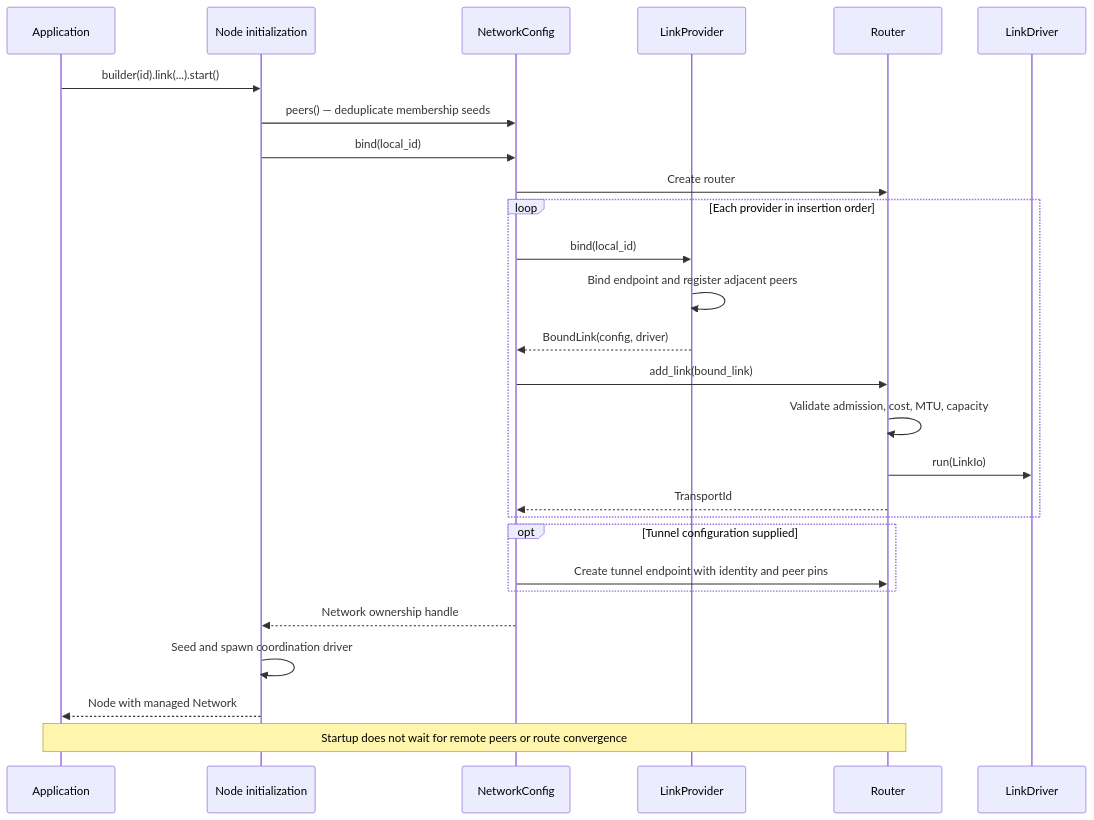
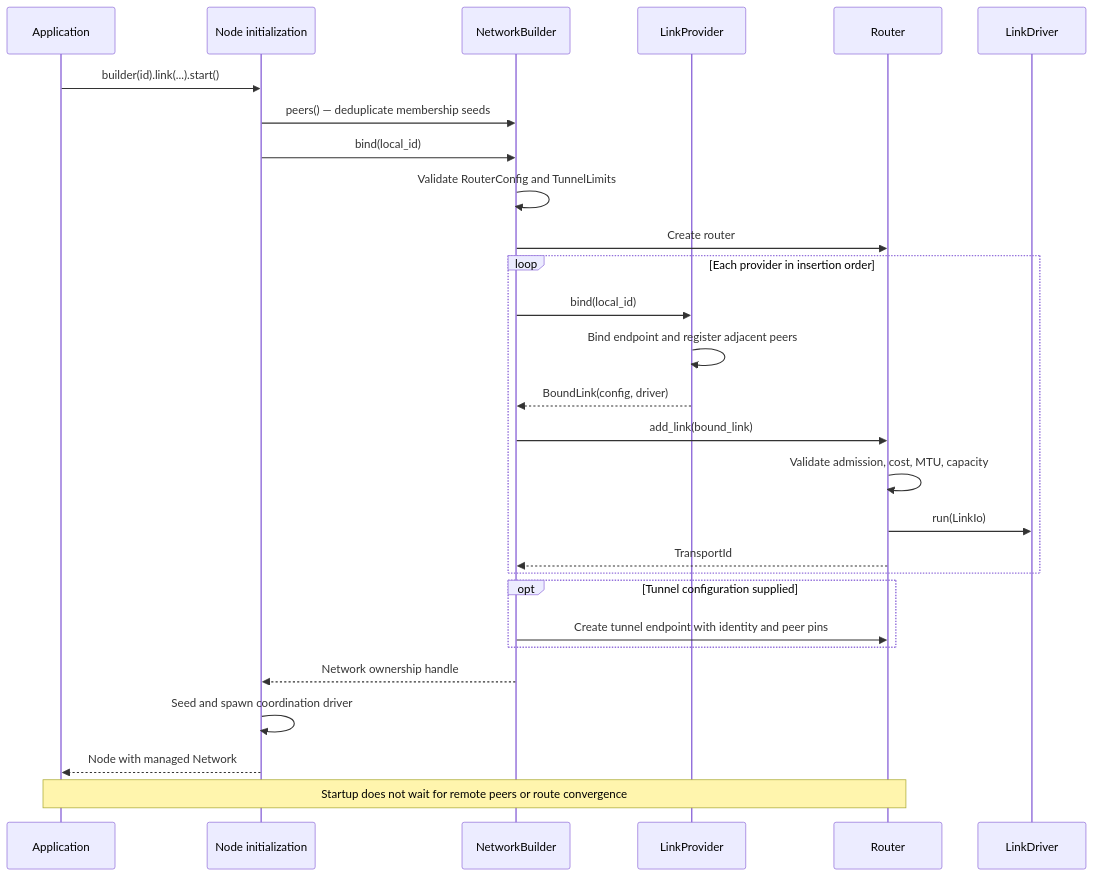
Before and after one commit to napbat/groupnet: the first of 4 diagrams in docs/link-lifecycle.md, drawn with Mermaid. The commit also changed other lines of this file and 50 other files, not shown here.

````diff
--- a/docs/link-lifecycle.md
+++ b/docs/link-lifecycle.md
@@ -77,29 +78,30 @@
 ```mermaid
 sequenceDiagram
     participant App as Application
     participant Node as Node initialization
-    participant Config as NetworkConfig
+    participant Config as NetworkBuilder
     participant Provider as LinkProvider
     participant Router as Router
     participant Worker as LinkDriver
     App->>Node: builder(id).link(...).start()
     Node->>Config: peers() — deduplicate membership seeds
     Node->>Config: bind(local_id)
+    Config->>Config: Validate RouterConfig and TunnelLimits
     Config->>Router: Create router
     loop Each provider in insertion order
         Config->>Provider: bind(local_id)
         Provider->>Provider: Bind endpoint and register adjacent peers
         Provider-->>Config: BoundLink(config, driver)
         Config->>Router: add_link(bound_link)
         Router->>Router: Validate admission, cost, MTU, capacity
         Router->>Worker: run(LinkIo)
         Router-->>Config: TransportId
     end
     opt Tunnel configuration supplied
         Config->>Router: Create tunnel endpoint with identity and peer pins
     end
     Config-->>Node: Network ownership handle
     Node->>Node: Seed and spawn coordination driver
     Node-->>App: Node with managed Network
     Note over App,Router: Startup does not wait for remote peers or route convergence
 ```
````
